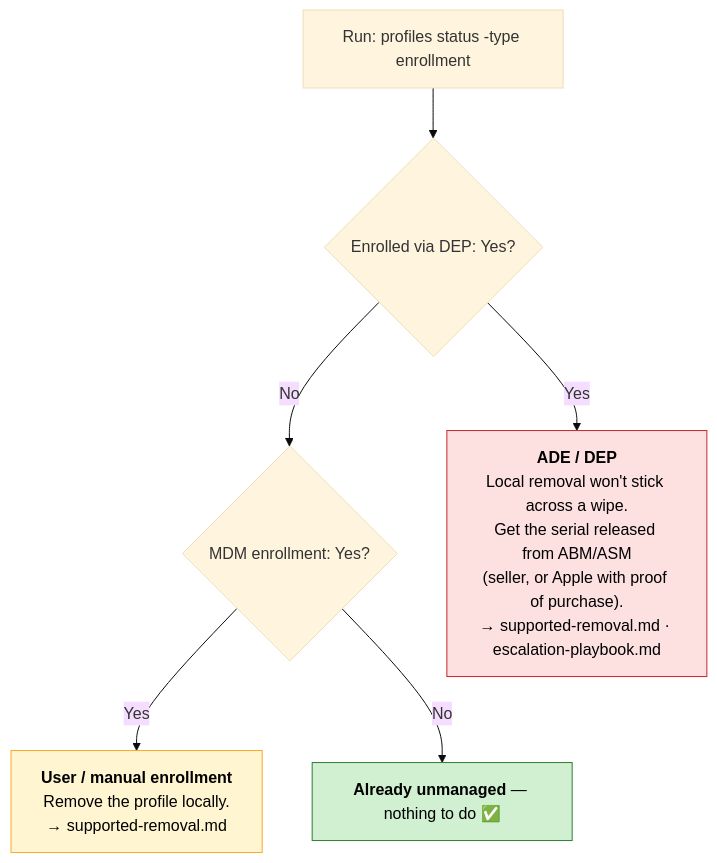
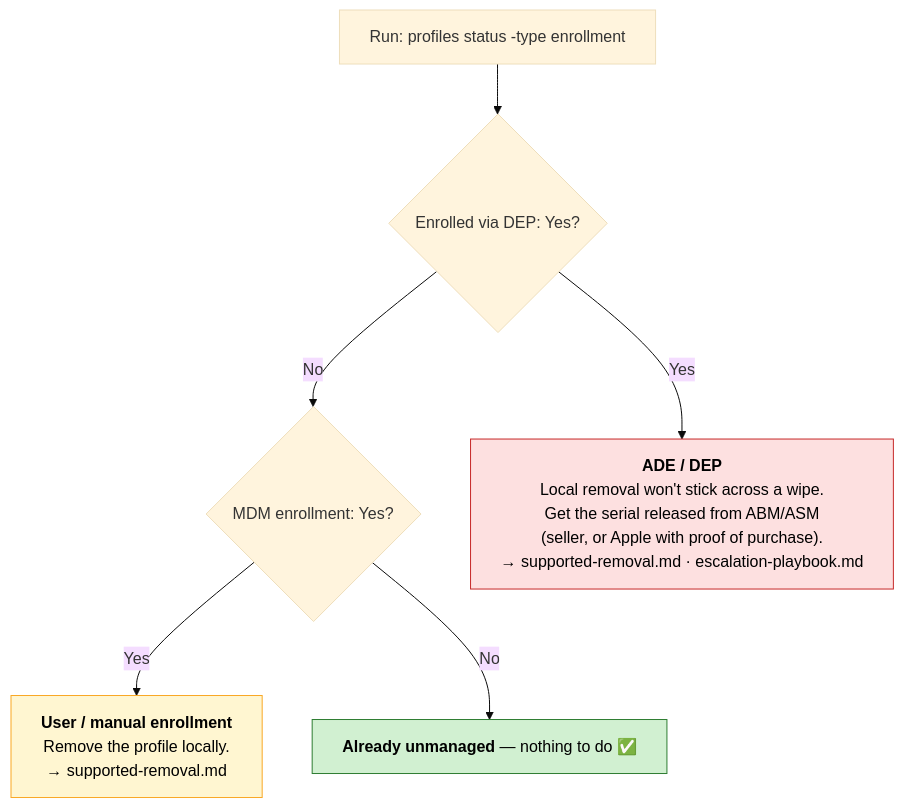
One commit to kagamirudo/mdm-bypass changed the diagram in docs/identify-enrollment.md. Above: the diagram before and after it, drawn with Mermaid (base theme). The commit also changed 3 other files, not shown here.

First line of the commit message:
Widen Mermaid nodes so labels don't stack into a column

````diff
--- a/docs/identify-enrollment.md
+++ b/docs/identify-enrollment.md
@@ -55,22 +55,23 @@
 ```mermaid
+%%{init: {"flowchart": {"htmlLabels": true, "wrappingWidth": 500}}}%%
 flowchart TD
     Start["Run: profiles status -type enrollment"]
     Q1{"Enrolled via DEP: Yes?"}
     Q2{"MDM enrollment: Yes?"}
     ADE["<b>ADE / DEP</b><br/>Local removal won't stick across a wipe.<br/>Get the serial released from ABM/ASM<br/>(seller, or Apple with proof of purchase).<br/>→ supported-removal.md · escalation-playbook.md"]
     User["<b>User / manual enrollment</b><br/>Remove the profile locally.<br/>→ supported-removal.md"]
     Clean["<b>Already unmanaged</b> — nothing to do ✅"]
 
     Start --> Q1
     Q1 -->|Yes| ADE
     Q1 -->|No| Q2
     Q2 -->|Yes| User
     Q2 -->|No| Clean
 
     classDef hard fill:#fde0e0,stroke:#c62828,color:#000;
     classDef easy fill:#fff6d1,stroke:#f9a825,color:#000;
     classDef done fill:#d1f0d1,stroke:#2e7d32,color:#000;
     class ADE hard;
     class User easy;
     class Clean done;
 ```
````
